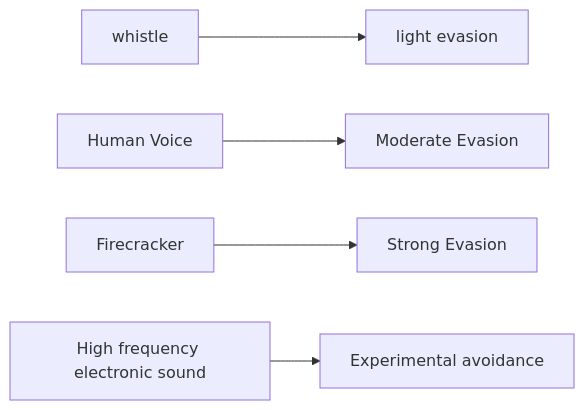
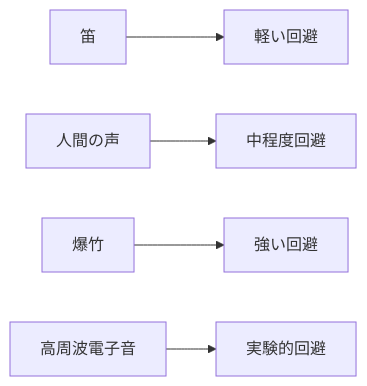
Before and after one commit to monumental-movement/monumental-movement.github.io: the second of 4 diagrams in en/_posts/2025-10-26-column-bear-sound.md, drawn with Mermaid. The commit also changed other lines of this file and 1724 other files, not shown here.

```diff
--- a/en/_posts/2025-10-26-column-bear-sound.md
+++ b/en/_posts/2025-10-26-column-bear-sound.md
@@ -112,9 +110,9 @@
 <div class="mermaid">
 
 graph LR
-A[whistle] --> B[light evasion]
-C[Human Voice] --> D[Moderate Evasion]
-E[Firecracker] --> F[Strong Evasion]
-G[High frequency electronic sound] --> H[Experimental avoidance]
+A[笛] --> B[軽い回避]
+C[人間の声] --> D[中程度回避]
+E[爆竹] --> F[強い回避]
+G[高周波電子音] --> H[実験的回避]
 
 </div>
```
